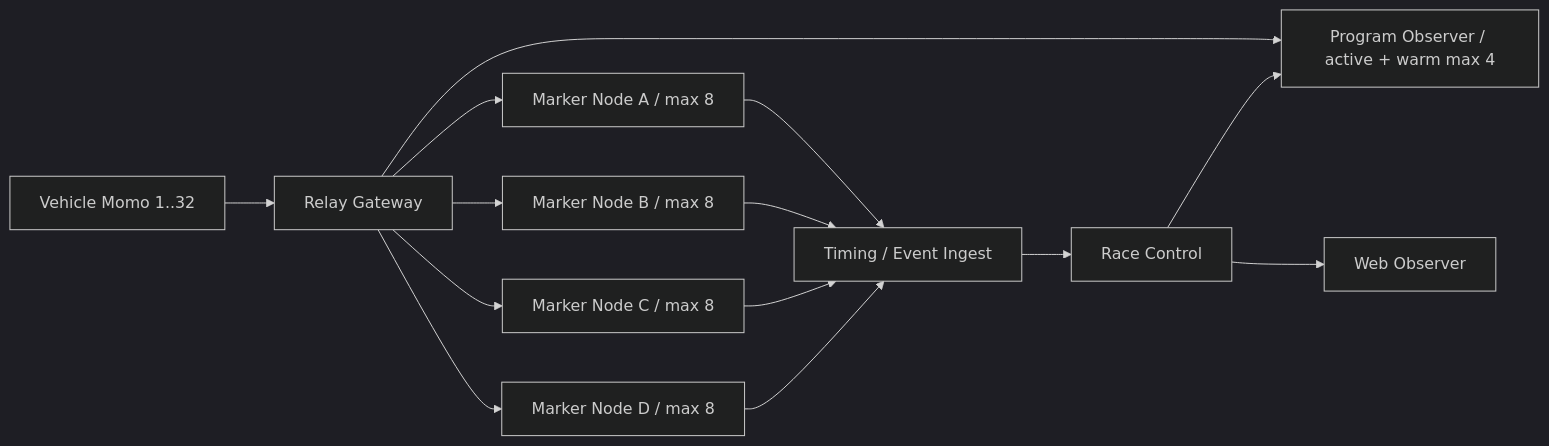
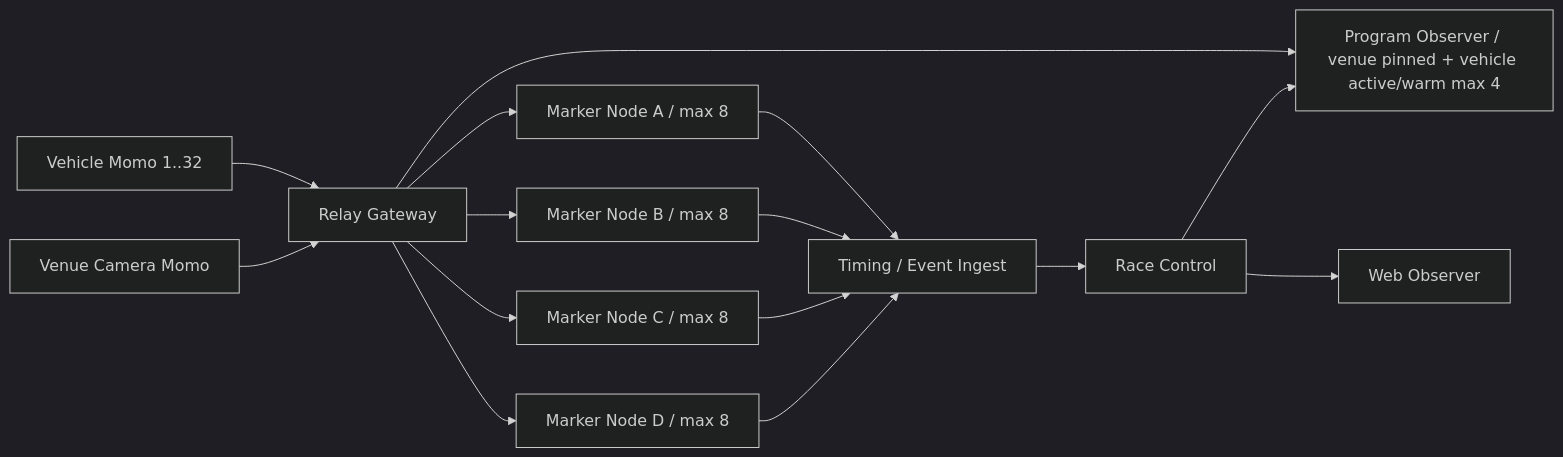
The second of 2 diagrams in doc/SCALABLE_MARKER_AND_PROGRAM_OBSERVER_DESIGN.md (fumimatsu/momo), drawn with Mermaid (dark theme) before and after one commit. The commit also changed other lines of this file and 23 other files, not shown here.

Commit message:
feat: optimize marker and program observer paths

````diff
--- a/doc/SCALABLE_MARKER_AND_PROGRAM_OBSERVER_DESIGN.md
+++ b/doc/SCALABLE_MARKER_AND_PROGRAM_OBSERVER_DESIGN.md
@@ -209,16 +212,17 @@
 ```mermaid
 flowchart LR
   Cars["Vehicle Momo 1..32"] --> Gateway["Relay Gateway"]
+  Venue["Venue Camera Momo"] --> Gateway
   Gateway --> DetectA["Marker Node A / max 8"]
   Gateway --> DetectB["Marker Node B / max 8"]
   Gateway --> DetectC["Marker Node C / max 8"]
   Gateway --> DetectD["Marker Node D / max 8"]
   DetectA --> Timing["Timing / Event Ingest"]
   DetectB --> Timing
   DetectC --> Timing
   DetectD --> Timing
   Timing --> Control["Race Control"]
-  Gateway --> Program["Program Observer / active + warm max 4"]
+  Gateway --> Program["Program Observer / venue pinned + vehicle active/warm max 4"]
   Control --> Program
   Control --> Web["Web Observer"]
 ```
````
